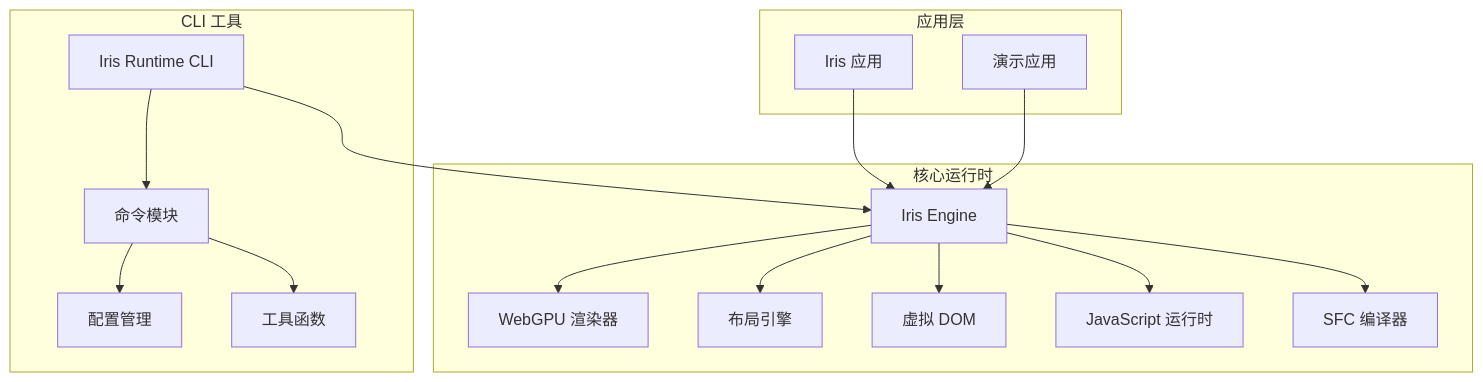
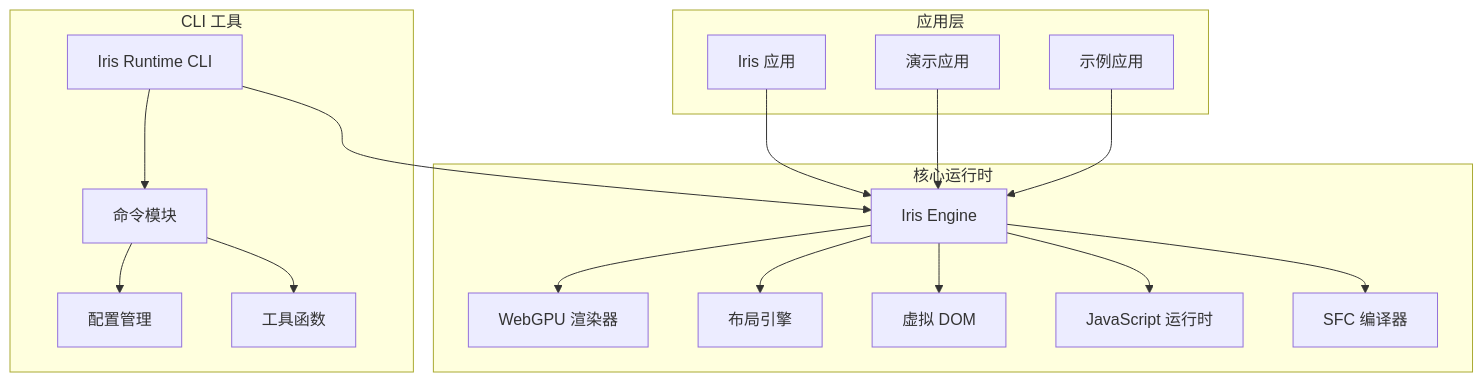
One commit to itszzl-sudo/iris changed the first of 9 diagrams in .qoder/repowiki/zh/content/核心功能特性/工程化与商业化能力/测试框架与基础设施/Iris Runtime CLI工具.md. Above: the diagram before and after it, drawn with Mermaid. The commit also changed other lines of this file and 8 other files, not shown here.

````diff
--- a/.qoder/repowiki/zh/content/核心功能特性/工程化与商业化能力/测试框架与基础设施/Iris Runtime CLI工具.md
+++ b/.qoder/repowiki/zh/content/核心功能特性/工程化与商业化能力/测试框架与基础设施/Iris Runtime CLI工具.md
@@ -46,32 +57,34 @@
 ```mermaid
 graph TB
 subgraph "CLI 工具"
 CLI[Iris Runtime CLI]
 Commands[命令模块]
 Config[配置管理]
 Utils[工具函数]
 end
 subgraph "核心运行时"
 Engine[Iris Engine]
 GPU[WebGPU 渲染器]
 Layout[布局引擎]
 DOM[虚拟 DOM]
 JS[JavaScript 运行时]
 SFC[SFC 编译器]
 end
 subgraph "应用层"
 App[Iris 应用]
 Demo[演示应用]
+Examples[示例应用]
 end
 CLI --> Commands
 Commands --> Config
 Commands --> Utils
 CLI --> Engine
 Engine --> GPU
 Engine --> Layout
 Engine --> DOM
 Engine --> JS
 Engine --> SFC
 App --> Engine
 Demo --> Engine
+Examples --> Engine
 ```
````
